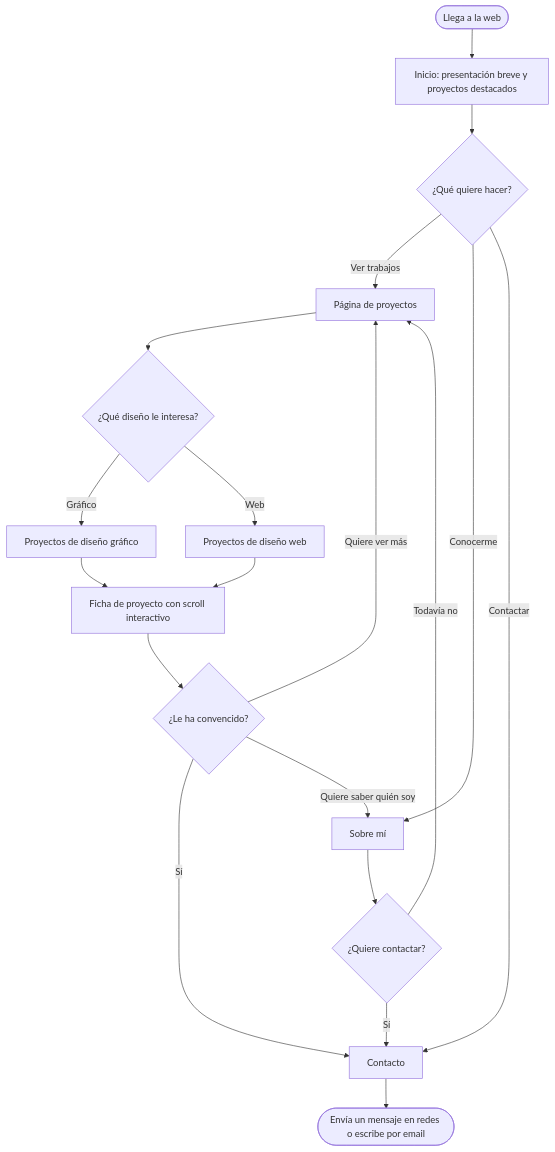
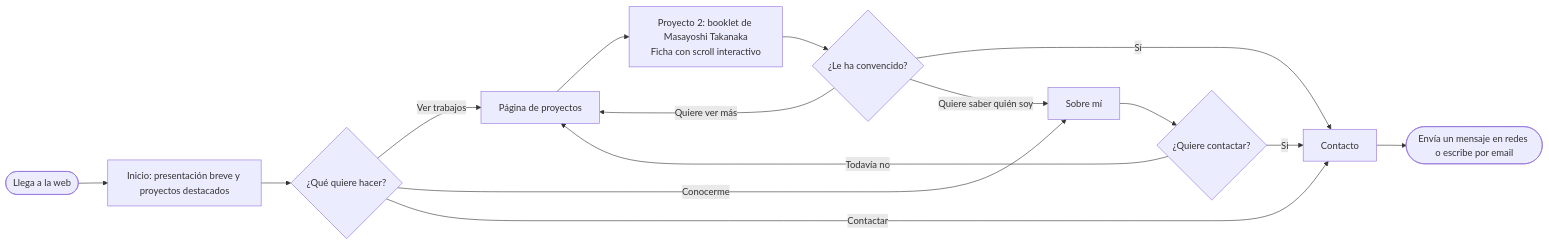
One commit to Tinyta1/Web-a-mano changed the diagram in README.md. Above: the diagram before and after it, drawn with Mermaid.

Commit message:
Diagrama actualizado

````diff
--- a/README.md
+++ b/README.md
@@ -7,21 +7,17 @@
 ```mermaid
-flowchart TD
+flowchart LR
     A([Llega a la web]) --> B[Inicio: presentación breve y proyectos destacados]
     B --> C{¿Qué quiere hacer?}
     C -->|Ver trabajos| D[Página de proyectos]
     C -->|Conocerme| H[Sobre mí]
     C -->|Contactar| I[Contacto]
-    D --> E{¿Qué diseño le interesa?}
-    E -->|Gráfico| F[Proyectos de diseño gráfico]
-    E -->|Web| G[Proyectos de diseño web]
-    F --> J[Ficha de proyecto con scroll interactivo]
-    G --> J
+    D --> J[Proyecto 2: booklet de Masayoshi Takanaka<br>Ficha con scroll interactivo]
     J --> K{¿Le ha convencido?}
     K -->|Sí| I
     K -->|Quiere ver más| D
     K -->|Quiere saber quién soy| H
     H --> L{¿Quiere contactar?}
     L -->|Sí| I
     L -->|Todavía no| D
     I --> M([Envía un mensaje en redes o escribe por email])
 ```
````
